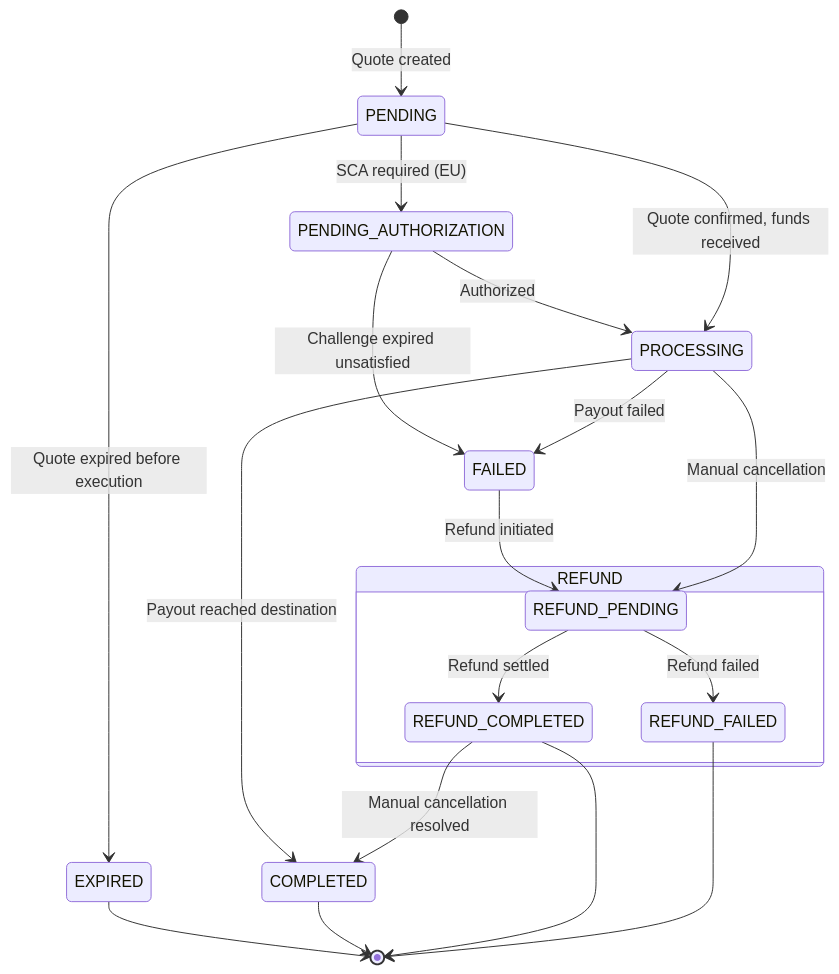
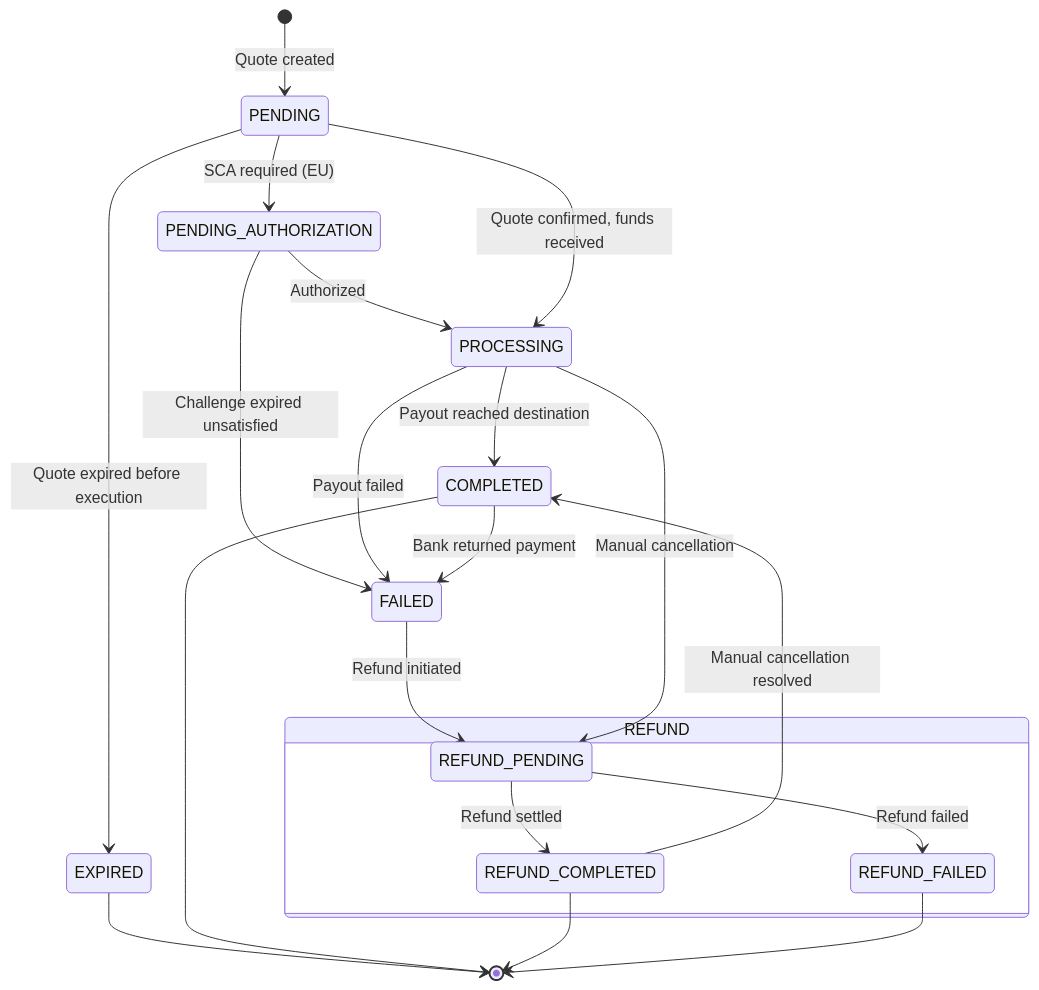
One commit to lightsparkdev/grid-api changed the diagram in mintlify/platform-overview/core-concepts/transaction-lifecycle.mdx. Above: the diagram before and after it, drawn with Mermaid. The commit also changed other lines of this file and 10 other files, not shown here.

First line of the commit message:
docs(transactions): keep a returned payout FAILED and report the rail beside it

````diff
--- a/mintlify/platform-overview/core-concepts/transaction-lifecycle.mdx
+++ b/mintlify/platform-overview/core-concepts/transaction-lifecycle.mdx
@@ -122,22 +124,23 @@
 ```mermaid
 stateDiagram-v2
     [*] --> PENDING : Quote created
     PENDING --> PENDING_AUTHORIZATION : SCA required (EU)
     PENDING_AUTHORIZATION --> PROCESSING : Authorized
     PENDING_AUTHORIZATION --> FAILED : Challenge expired unsatisfied
     PENDING --> PROCESSING : Quote confirmed, funds received
     PENDING --> EXPIRED : Quote expired before execution
     PROCESSING --> COMPLETED : Payout reached destination
     PROCESSING --> FAILED : Payout failed
+    COMPLETED --> FAILED : Bank returned payment
     FAILED --> REFUND_PENDING : Refund initiated
     PROCESSING --> REFUND_PENDING : Manual cancellation
     state "REFUND" as refund {
         REFUND_PENDING --> REFUND_COMPLETED : Refund settled
         REFUND_PENDING --> REFUND_FAILED : Refund failed
     }
     REFUND_COMPLETED --> COMPLETED : Manual cancellation resolved
     EXPIRED --> [*]
     COMPLETED --> [*]
     REFUND_COMPLETED --> [*]
     REFUND_FAILED --> [*]
 ```
````
